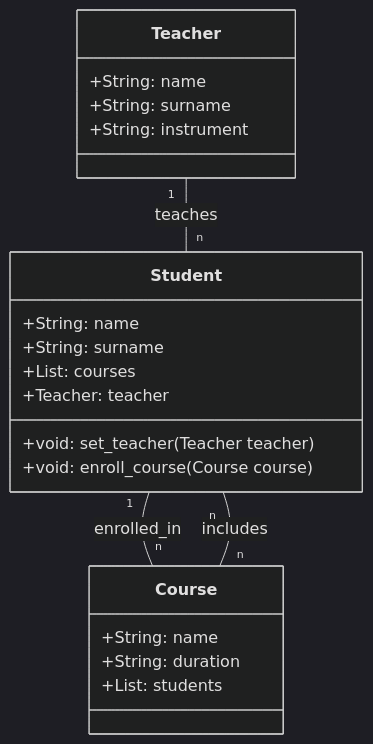
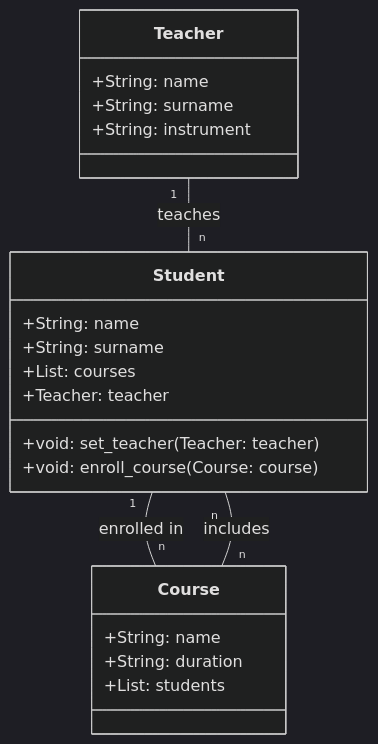
Before and after one commit to LucaPontellini/Homepage: the diagram in Informatica/Esercizi_di_Pyton_nuovi/Esercizi_con_MarmaidJS/Pontellini_017.md, drawn with Mermaid (dark theme).

````diff
--- a/Informatica/Esercizi_di_Pyton_nuovi/Esercizi_con_MarmaidJS/Pontellini_017.md
+++ b/Informatica/Esercizi_di_Pyton_nuovi/Esercizi_con_MarmaidJS/Pontellini_017.md
@@ -1,29 +1,29 @@
 ```mermaid
 
 classDiagram
 
     class Teacher {
         +String: name
         +String: surname
         +String: instrument
     }
 
     class Student {
         +String: name
         +String: surname
         +List<Course>: courses
         +Teacher: teacher
-        +void: set_teacher(Teacher teacher)
-        +void: enroll_course(Course course)
+        +void: set_teacher(Teacher: teacher)
+        +void: enroll_course(Course: course)
     }
 
     class Course {
         +String: name
         +String: duration
         +List<Student>: students
     }
     
     Teacher "1" -- "n" Student : teaches
-    Student "1" -- "n" Course : enrolled_in
+    Student "1" -- "n" Course : enrolled in
     Course "n" -- "n" Student : includes
 ```
````
